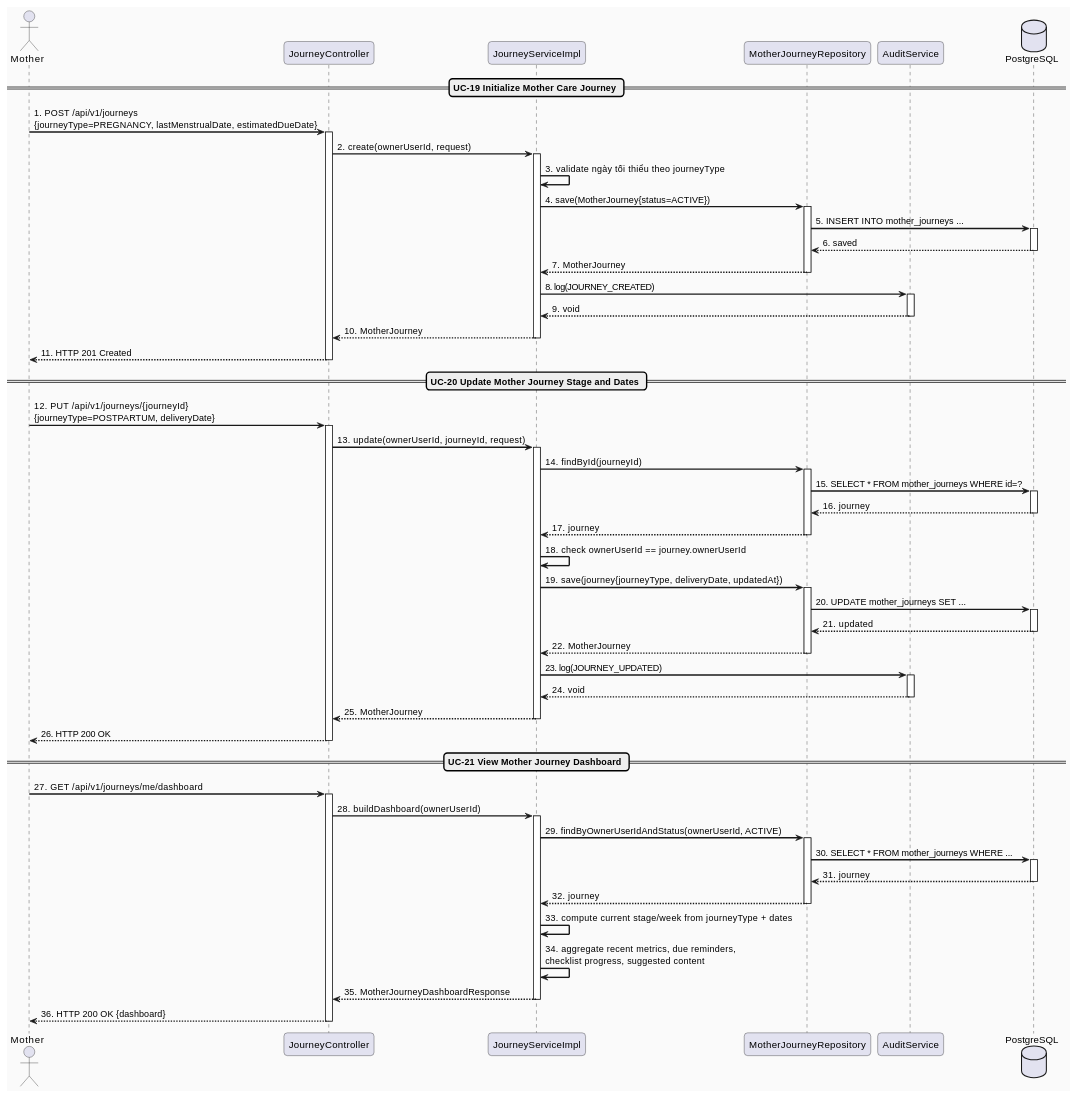
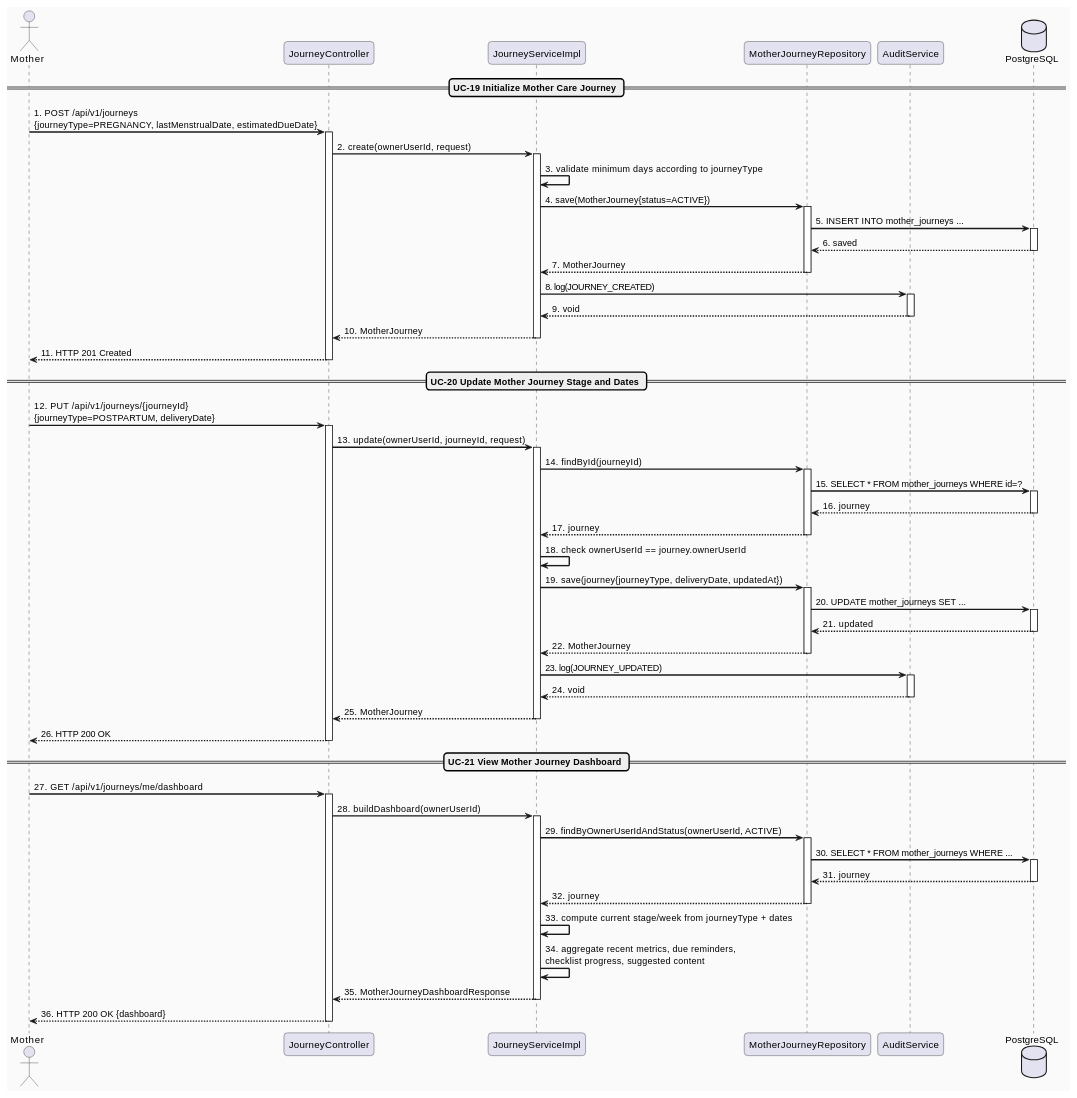
One commit to ChuongBDHE172784/CareBridge_SEP490_G79 changed the second of 3 diagrams in docs/Detailed_Design/MF02_Mother_Care_Journey/01_Mother_Journey_Lifecycle_Dashboard.md. Above: the diagram before and after it, drawn with PlantUML. The commit also changed 49 other files, not shown here.

Commit message:
docs: translate technical design documentation and sequence diagrams to English

```diff
--- a/docs/Detailed_Design/MF02_Mother_Care_Journey/01_Mother_Journey_Lifecycle_Dashboard.md
+++ b/docs/Detailed_Design/MF02_Mother_Care_Journey/01_Mother_Journey_Lifecycle_Dashboard.md
@@ -139,7 +139,7 @@
 activate Controller
 Controller -> Service : 2. create(ownerUserId, request)
 activate Service
-Service -> Service : 3. validate ngày tối thiểu theo journeyType
+Service -> Service : 3. validate minimum days according to journeyType
 Service -> Repo : 4. save(MotherJourney{status=ACTIVE})
 activate Repo
 Repo -> DB : 5. INSERT INTO mother_journeys ...
```
